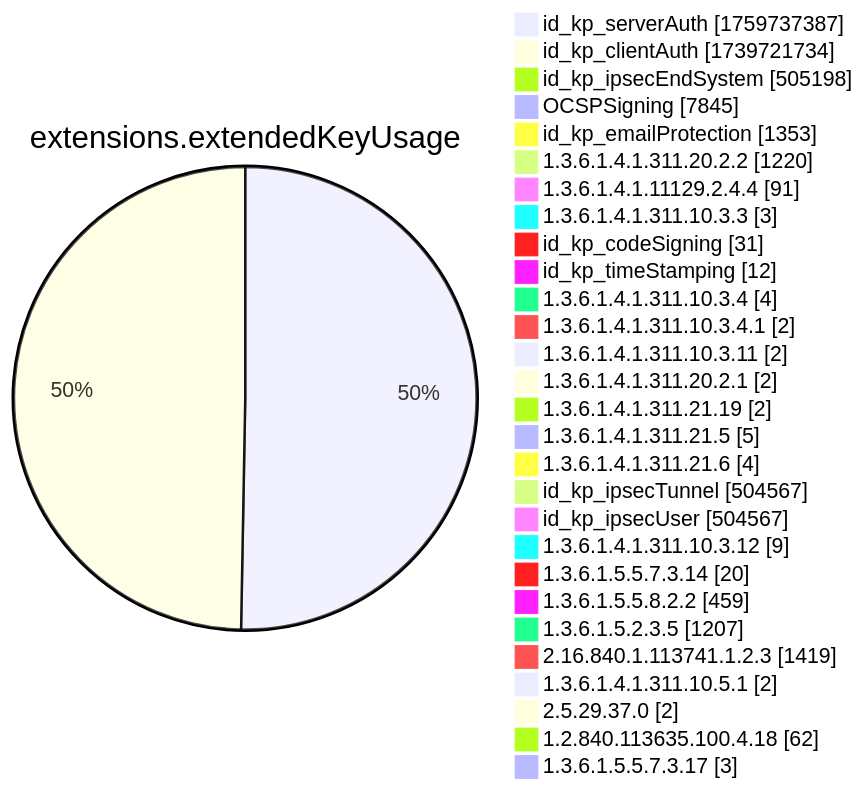
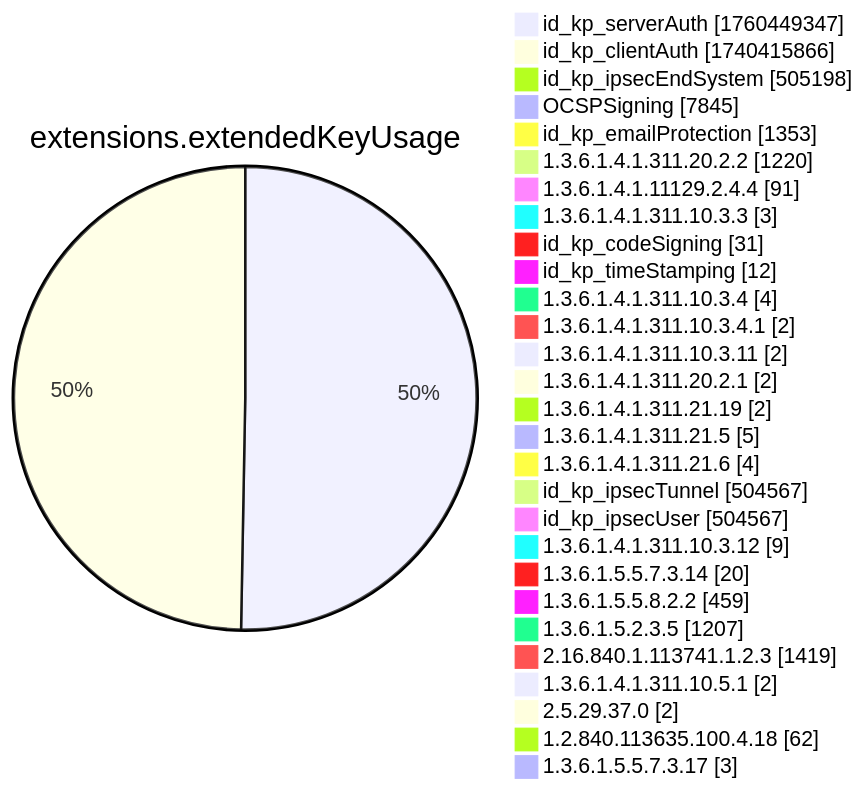
One commit to christiankrug/ctmonitor_visualization changed diagram 12 of 15 in xenon2022/README.md. Above: the diagram before and after it, drawn with Mermaid. The commit also changed other lines of this file, not shown here.

````diff
--- a/xenon2022/README.md
+++ b/xenon2022/README.md
@@ -3892,32 +3892,32 @@
 ```mermaid
 pie showData
 title extensions.extendedKeyUsage
-"id_kp_serverAuth" :1759737387
-"id_kp_clientAuth" :1739721734
+"id_kp_serverAuth" :1760449347
+"id_kp_clientAuth" :1740415866
 "id_kp_ipsecEndSystem" :505198
 "OCSPSigning" :7845
 "id_kp_emailProtection" :1353
 "1.3.6.1.4.1.311.20.2.2" :1220
 "1.3.6.1.4.1.11129.2.4.4" :91
 "1.3.6.1.4.1.311.10.3.3" :3
 "id_kp_codeSigning" :31
 "id_kp_timeStamping" :12
 "1.3.6.1.4.1.311.10.3.4" :4
 "1.3.6.1.4.1.311.10.3.4.1" :2
 "1.3.6.1.4.1.311.10.3.11" :2
 "1.3.6.1.4.1.311.20.2.1" :2
 "1.3.6.1.4.1.311.21.19" :2
 "1.3.6.1.4.1.311.21.5" :5
 "1.3.6.1.4.1.311.21.6" :4
 "id_kp_ipsecTunnel" :504567
 "id_kp_ipsecUser" :504567
 "1.3.6.1.4.1.311.10.3.12" :9
 "1.3.6.1.5.5.7.3.14" :20
 "1.3.6.1.5.5.8.2.2" :459
 "1.3.6.1.5.2.3.5" :1207
 "2.16.840.1.113741.1.2.3" :1419
 "1.3.6.1.4.1.311.10.5.1" :2
 "2.5.29.37.0" :2
 "1.2.840.113635.100.4.18" :62
 "1.3.6.1.5.5.7.3.17" :3
 ```
````
